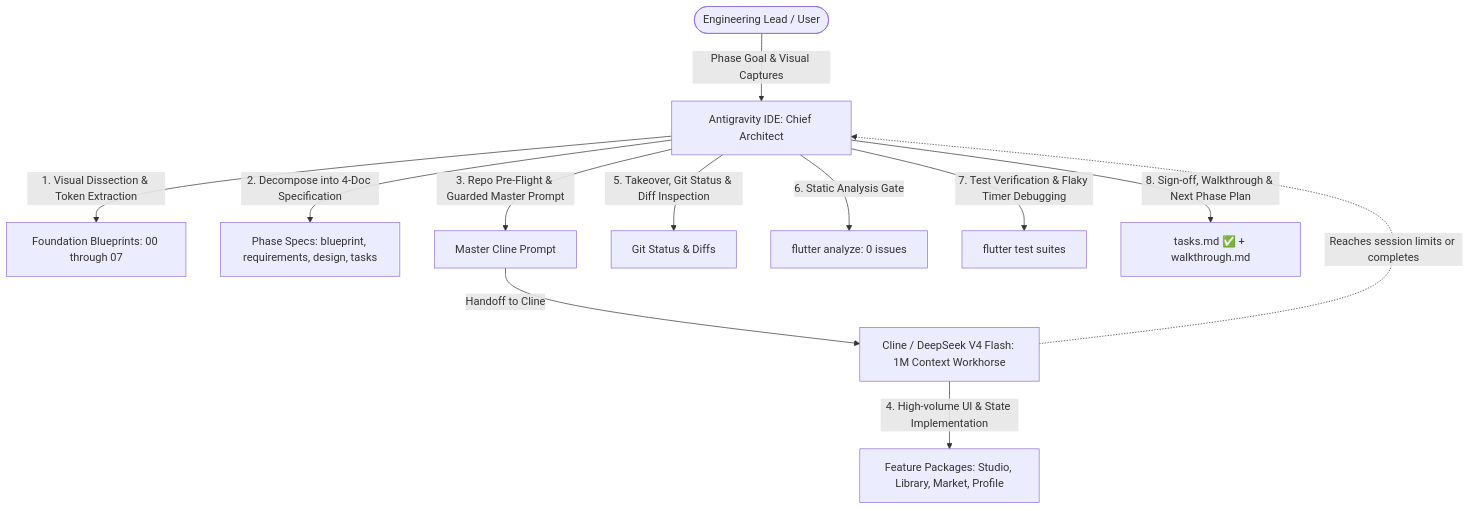
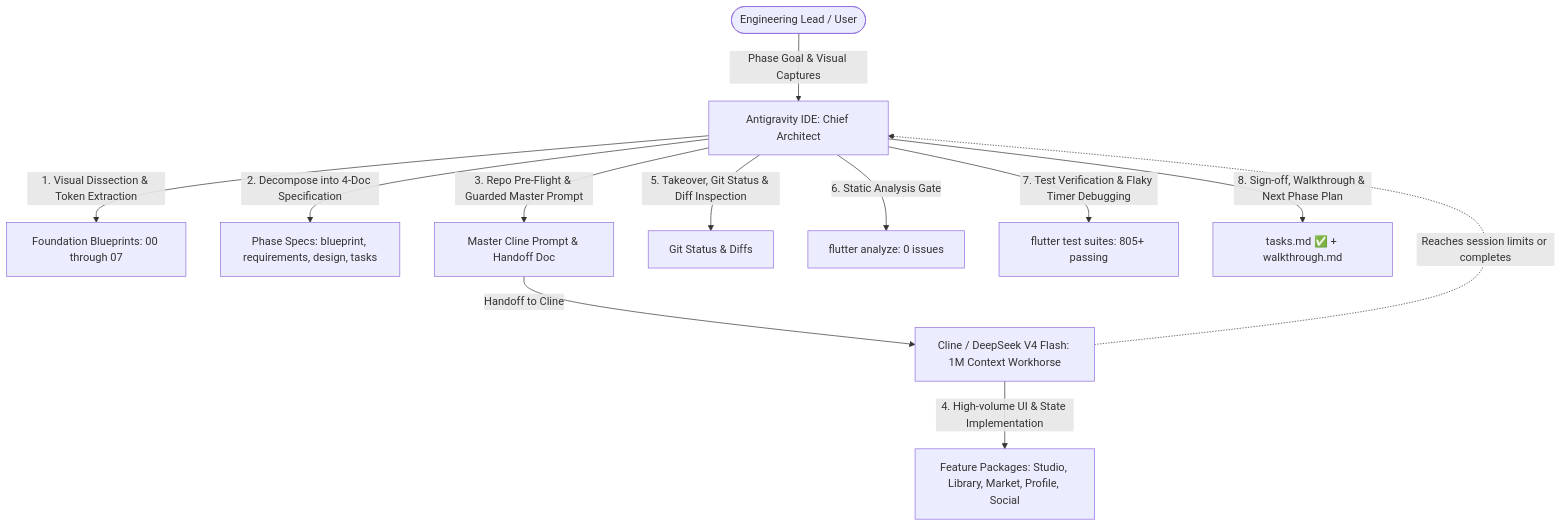
The diagram in docs/VHUNAMBI_AGENT_WORKFLOW_STANDARD.md (Ndugelo-Code/vhunambi), drawn with Mermaid before and after one commit. The commit also changed other lines of this file, not shown here.

Commit message:
docs(workflow): elevate VHUNAMBI_AGENT_WORKFLOW_STANDARD to v2.0 with rigorous 4+1 specification rules, EARS requirements, touch/dock geometry & handoff protocols

````diff
--- a/docs/VHUNAMBI_AGENT_WORKFLOW_STANDARD.md
+++ b/docs/VHUNAMBI_AGENT_WORKFLOW_STANDARD.md
@@ -7,14 +15,14 @@
 ```mermaid
 graph TD
     User([Engineering Lead / User]) -->|Phase Goal & Visual Captures| A[Antigravity IDE: Chief Architect]
     A -->|1. Visual Dissection & Token Extraction| SSOT[Foundation Blueprints: 00 through 07]
     A -->|2. Decompose into 4-Doc Specification| Quad[Phase Specs: blueprint, requirements, design, tasks]
-    A -->|3. Repo Pre-Flight & Guarded Master Prompt| P[Master Cline Prompt]
+    A -->|3. Repo Pre-Flight & Guarded Master Prompt| P[Master Cline Prompt & Handoff Doc]
     P -->|Handoff to Cline| C[Cline / DeepSeek V4 Flash: 1M Context Workhorse]
-    C -->|4. High-volume UI & State Implementation| Code[Feature Packages: Studio, Library, Market, Profile]
+    C -->|4. High-volume UI & State Implementation| Code[Feature Packages: Studio, Library, Market, Profile, Social]
     C -.->|Reaches session limits or completes| A
     A -->|5. Takeover, Git Status & Diff Inspection| Audit[Git Status & Diffs]
     A -->|6. Static Analysis Gate| Gates[flutter analyze: 0 issues]
-    A -->|7. Test Verification & Flaky Timer Debugging| Tests[flutter test suites]
+    A -->|7. Test Verification & Flaky Timer Debugging| Tests[flutter test suites: 805+ passing]
     A -->|8. Sign-off, Walkthrough & Next Phase Plan| Done[tasks.md ✅ + walkthrough.md]
 ```
````
